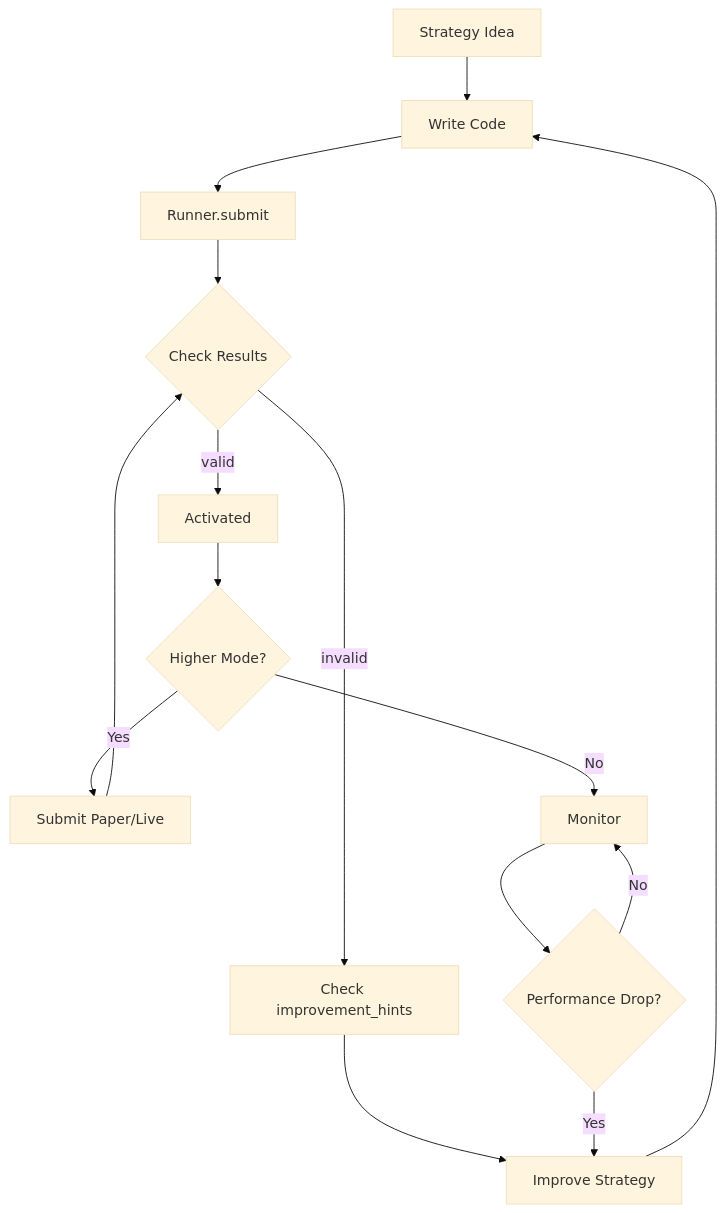
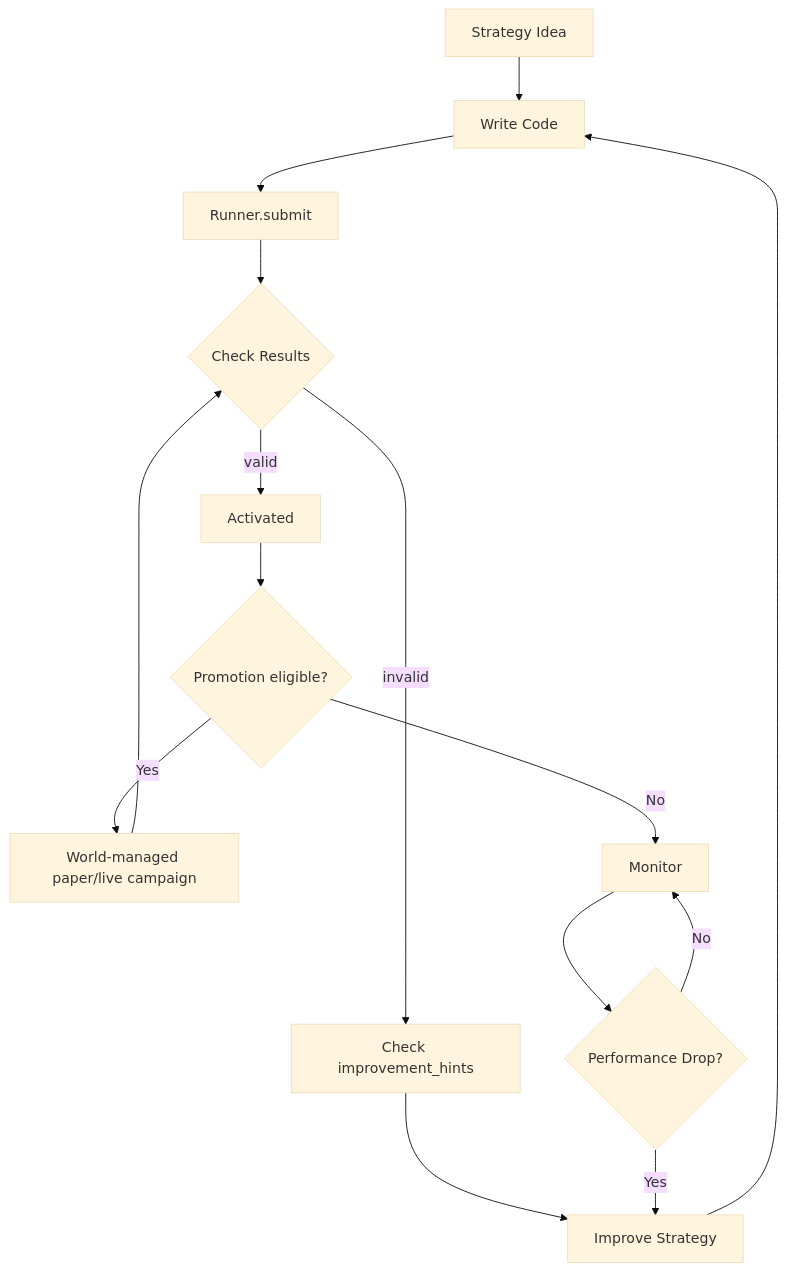
Before and after one commit to hyophyop/qmtl: the diagram in docs/en/getting-started/workflow.md, drawn with Mermaid (base theme). The commit also changed other lines of this file and 68 other files, not shown here.

Commit message:
chore: remove client-side mode from submit (#1993)

````diff
--- a/docs/en/getting-started/workflow.md
+++ b/docs/en/getting-started/workflow.md
@@ -198,22 +197,22 @@
 ```mermaid
 flowchart TD
     A[Strategy Idea] --> B[Write Code]
     B --> C[Runner.submit]
     C --> D{Check Results}
     
     D -->|valid| E[Activated]
     D -->|invalid| F[Check improvement_hints]
     
-    E --> G{Higher Mode?}
-    G -->|Yes| H[Submit Paper/Live]
+    E --> G{Promotion eligible?}
+    G -->|Yes| H[World-managed paper/live campaign]
     G -->|No| I[Monitor]
     
     H --> D
     
     F --> J[Improve Strategy]
     J --> B
     
     I --> K{Performance Drop?}
     K -->|Yes| J
     K -->|No| I
 ```
````
